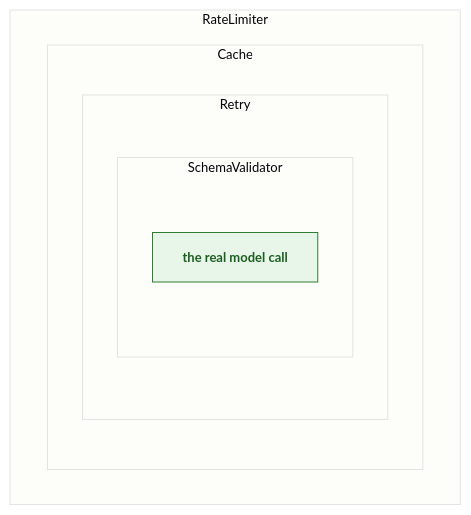
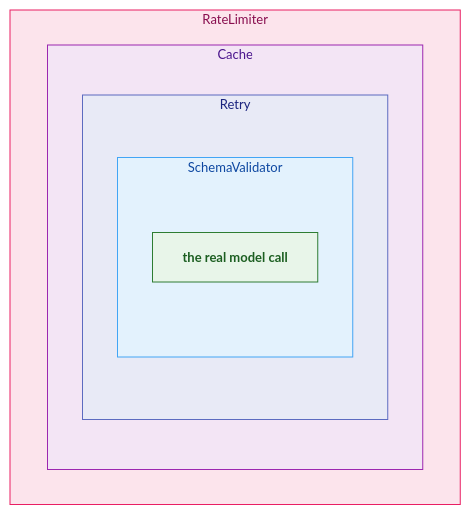
Before and after one commit to Ravikumarchavva/agent-substrate: the first of 2 diagrams in agents/agent-substrate/docs/concepts/middleware.md, drawn with Mermaid. The commit also changed 13 other files, not shown here.

Commit message:
style: enhance diagram aesthetics with color coding and improve Mermaid integration

````diff
--- a/agents/agent-substrate/docs/concepts/middleware.md
+++ b/agents/agent-substrate/docs/concepts/middleware.md
@@ -15,16 +15,20 @@
 ```mermaid
-%%{init: {'theme': 'base', 'themeVariables': {'primaryColor': '#E8EAF6','primaryTextColor': '#1A237E','primaryBorderColor': '#3949AB','lineColor': '#546E7A','fontSize': '13px'}}}%%
+%%{init: {'theme': 'base', 'themeVariables': {'primaryColor': '#E8EAF6','primaryTextColor': '#1A237E','primaryBorderColor': '#3949AB','lineColor': '#546E7A','fontSize': '13px','clusterBkg': '#f0f4ff','clusterBorder': '#9fa8da'}}}%%
 graph TB
-    classDef mw   fill:#E8EAF6,stroke:#3949AB,color:#1A237E,font-weight:bold
     classDef core fill:#E8F5E9,stroke:#2E7D32,color:#1B5E20,font-weight:bold
 
     subgraph M1["RateLimiter"]
         subgraph M2["Cache"]
             subgraph M3["Retry"]
                 subgraph M4["SchemaValidator"]
                     CORE["the real model call"]:::core
                 end
             end
         end
     end
+
+    style M1 fill:#fce4ec,stroke:#e91e63,color:#880e4f
+    style M2 fill:#f3e5f5,stroke:#9c27b0,color:#4a148c
+    style M3 fill:#e8eaf6,stroke:#5c6bc0,color:#1a237e
+    style M4 fill:#e3f2fd,stroke:#42a5f5,color:#0d47a1
 ```
````
